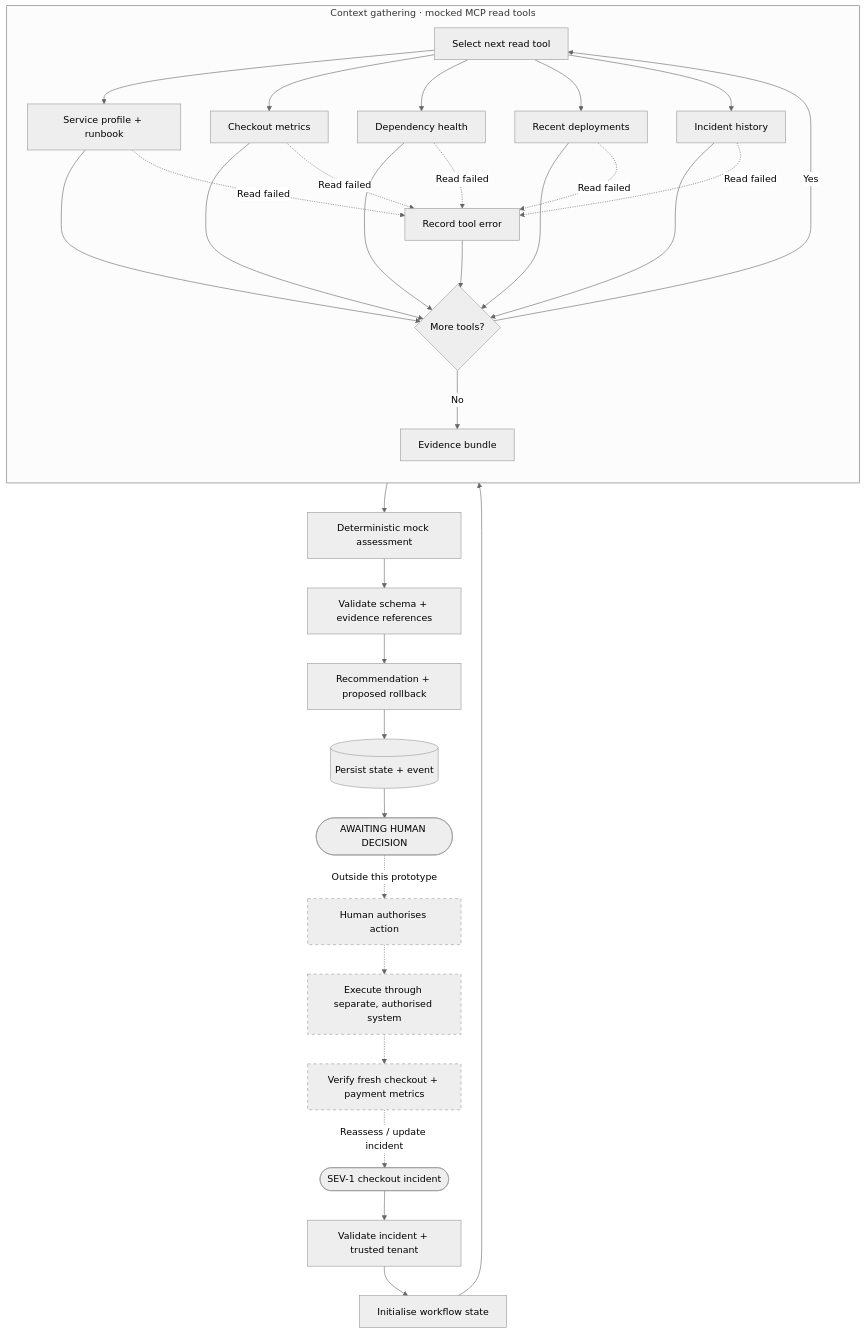
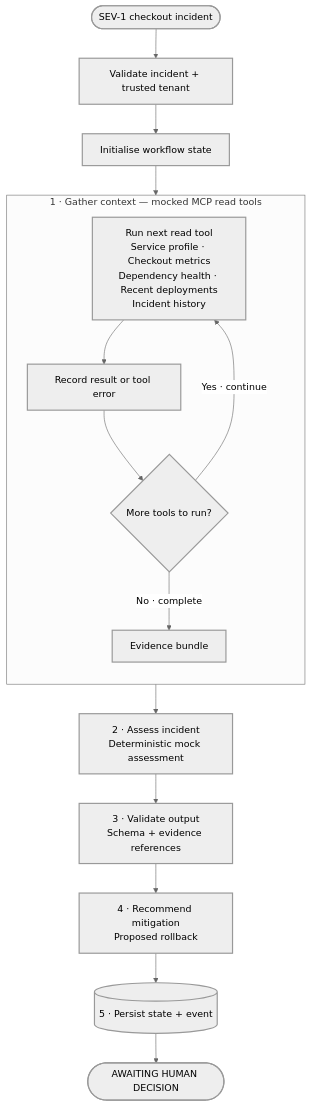
One commit to rudolfo-felix/pager-duty changed the first of 2 diagrams in README.md. Above: the diagram before and after it, drawn with Mermaid (neutral theme). The commit also changed other lines of this file, not shown here.

Commit message:
Make incident flow easier to follow top to bottom

````diff
--- a/README.md
+++ b/README.md
@@ -7,36 +9,25 @@
 ```mermaid
 flowchart TD
     A(["SEV-1 checkout incident"]) --> B["Validate incident + trusted tenant"]
     B --> C["Initialise workflow state"]
 
-    subgraph G["Context gathering · mocked MCP read tools"]
+    subgraph G["1 · Gather context — mocked MCP read tools"]
       direction TB
-      D["Select next read tool"]
-      T1["Service profile + runbook"]
-      T2["Checkout metrics"]
-      T3["Dependency health"]
-      T4["Recent deployments"]
-      T5["Incident history"]
-      D --> T1 & T2 & T3 & T4 & T5
-      T1 & T2 & T3 & T4 & T5 --> R{"More tools?"}
-      T1 & T2 & T3 & T4 & T5 -. "Read failed" .-> X["Record tool error"]
-      X --> R
-      R -- "Yes" --> D
-      R -- "No" --> E["Evidence bundle"]
+      D["Run next read tool<br/>Service profile · Checkout metrics<br/>Dependency health · Recent deployments<br/>Incident history"]
+      X["Record result or tool error"]
+      R{"More tools to run?"}
+      D --> X --> R
+      R -- "Yes · continue" --> D
+      R -- "No · complete" --> E["Evidence bundle"]
     end
 
     C --> D
-    E --> F["Deterministic mock assessment"]
-    F --> V["Validate schema + evidence references"]
-    V --> H["Recommendation + proposed rollback"]
-    H --> P[("Persist state + event")]
+    E --> F["2 · Assess incident<br/>Deterministic mock assessment"]
+    F --> V["3 · Validate output<br/>Schema + evidence references"]
+    V --> H["4 · Recommend mitigation<br/>Proposed rollback"]
+    H --> P[("5 · Persist state + event")]
     P --> W(["AWAITING HUMAN DECISION"])
 
-    W -. "Outside this prototype" .-> A1["Human authorises action"]
-    A1 -.-> A2["Execute through separate, authorised system"]
-    A2 -.-> A3["Verify fresh checkout + payment metrics"]
-    A3 -. "Reassess / update incident" .-> A
-
-    classDef boundary stroke-dasharray:5 5
-    class A1,A2,A3 boundary
+    classDef implemented stroke-width:2px
+    class A,B,C,D,X,R,E,F,V,H,P,W implemented
 ```
````
